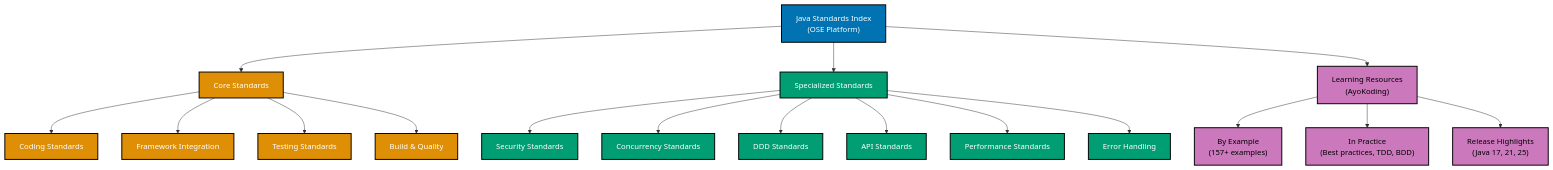
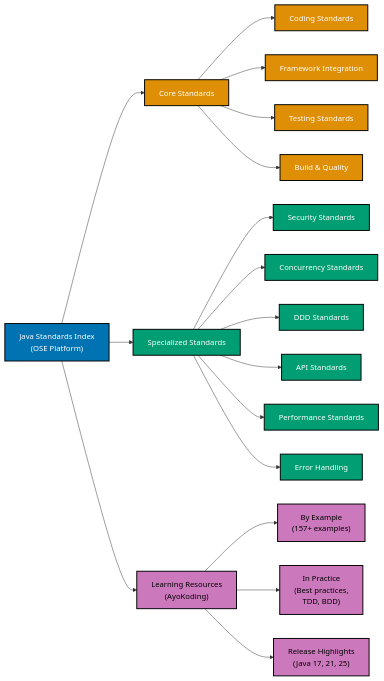
Before and after one commit to wahidyankf/open-sharia-enterprise: the diagram in docs/explanation/software-engineering/programming-languages/java/README.md, drawn with Mermaid. The commit also changed 8 other files, not shown here.

First line of the commit message:
fix(docs): fix remaining mermaid violations

````diff
--- a/docs/explanation/software-engineering/programming-languages/java/README.md
+++ b/docs/explanation/software-engineering/programming-languages/java/README.md
@@ -156,35 +156,35 @@
 ```mermaid
 %% Color Palette: Blue #0173B2, Orange #DE8F05, Teal #029E73, Purple #CC78BC
 %% All colors are color-blind friendly and meet WCAG AA contrast standards
 
-graph TD
+graph LR
     A["Java Standards Index<br/>(OSE Platform)"]:::blue
     B["Core Standards"]:::orange
     C["Specialized Standards"]:::teal
     D["Learning Resources<br/>(AyoKoding)"]:::purple
 
     A --> B
     A --> C
     A --> D
 
     B --> E["Coding Standards"]:::orange
     B --> F["Framework Integration"]:::orange
     B --> G["Testing Standards"]:::orange
     B --> H["Build & Quality"]:::orange
 
     C --> I["Security Standards"]:::teal
     C --> J["Concurrency Standards"]:::teal
     C --> K["DDD Standards"]:::teal
     C --> L["API Standards"]:::teal
     C --> M["Performance Standards"]:::teal
     C --> N["Error Handling"]:::teal
 
     D --> O["By Example<br/>(157+ examples)"]:::purple
-    D --> P["In Practice<br/>(Best practices, TDD, BDD)"]:::purple
+    D --> P["In Practice<br/>(Best practices,<br/>TDD, BDD)"]:::purple
     D --> Q["Release Highlights<br/>(Java 17, 21, 25)"]:::purple
 
     classDef blue fill:#0173B2,stroke:#000000,color:#FFFFFF,stroke-width:2px
     classDef orange fill:#DE8F05,stroke:#000000,color:#FFFFFF,stroke-width:2px
     classDef teal fill:#029E73,stroke:#000000,color:#FFFFFF,stroke-width:2px
     classDef purple fill:#CC78BC,stroke:#000000,color:#000000,stroke-width:2px
 ```
````
